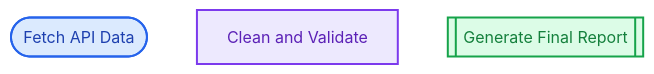
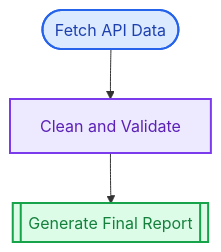
Before and after one commit to pjt222/putior: diagram 12 of 14 in README.md, drawn with Mermaid. The commit also changed other lines of this file and 4 other files, not shown here.

````diff
--- a/README.md
+++ b/README.md
@@ -456,14 +485,18 @@
 ```mermaid
 flowchart TD
     fetch_data([Fetch API Data])
     clean_data[Clean and Validate]
     generate_report[[Generate Final Report]]
+
+    %% Connections
+    fetch_data --> clean_data
+    clean_data --> generate_report
 
     %% Styling
     classDef inputStyle fill:#dbeafe,stroke:#2563eb,stroke-width:2px,color:#1e40af
     class fetch_data inputStyle
     classDef processStyle fill:#ede9fe,stroke:#7c3aed,stroke-width:2px,color:#5b21b6
     class clean_data processStyle
     classDef outputStyle fill:#dcfce7,stroke:#16a34a,stroke-width:2px,color:#15803d
     class generate_report outputStyle
 ```
````
